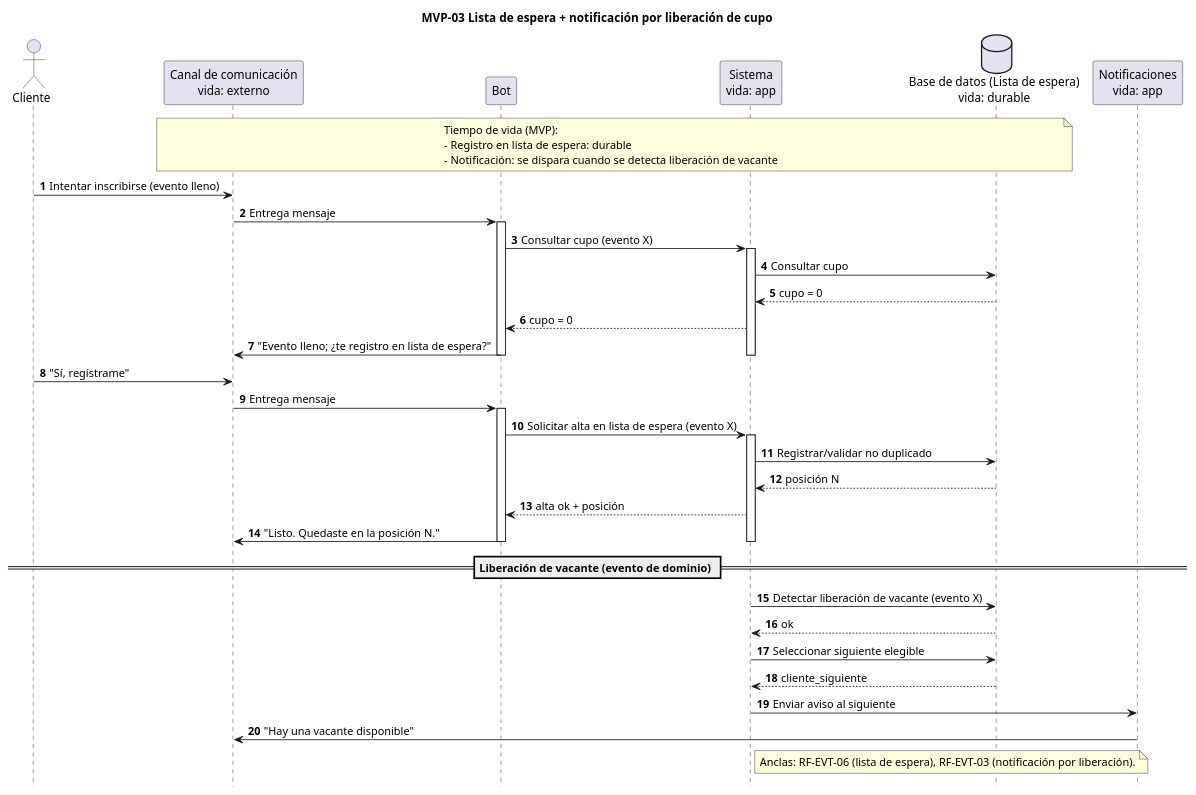
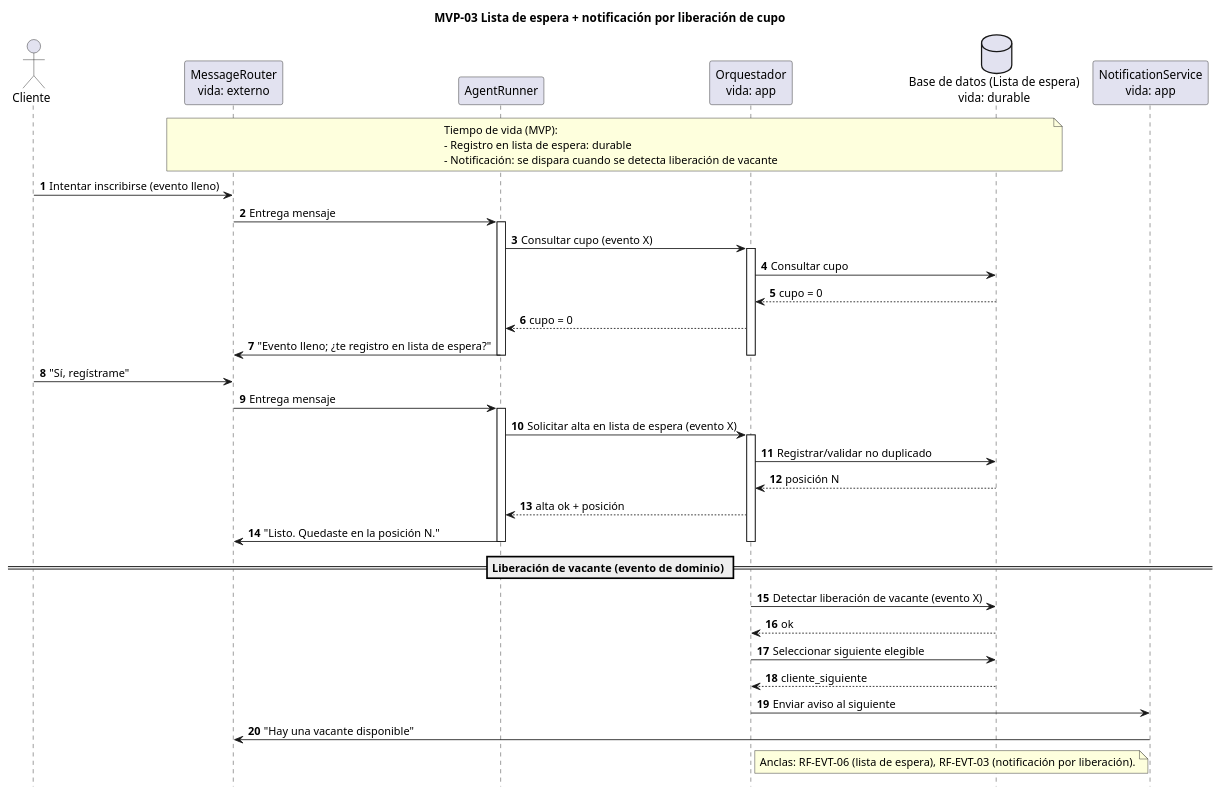
Before and after one commit to Ozia112/SoftwareDesignProject: the third of 3 diagrams in docs/diseño/comportamiento/secuencia/diagrama-secuencia-mvp.md, drawn with PlantUML. The commit also changed other lines of this file and 1 other file, not shown here.

Commit message:
docs(presentación): Se agrega la presentación y se corrige los diagramas MVP

````diff
--- a/docs/diseño/comportamiento/secuencia/diagrama-secuencia-mvp.md
+++ b/docs/diseño/comportamiento/secuencia/diagrama-secuencia-mvp.md
@@ -178,61 +178,61 @@
 ```plantuml
 @startuml
 title MVP-03 Lista de espera + notificación por liberación de cupo
 autonumber
 hide footbox
 
 actor "Cliente" as Cliente
-participant "Canal de comunicación\nvida: externo" as Canal
-participant "Bot" as Bot
-participant "Sistema\nvida: app" as Sistema
+participant "MessageRouter\nvida: externo" as Canal
+participant "AgentRunner" as Bot
+participant "Orquestador\nvida: app" as Sistema
 database "Base de datos (Lista de espera)\nvida: durable" as DB
-participant "Notificaciones\nvida: app" as Notify
+participant "NotificationService\nvida: app" as Notify
 
 note over Canal,DB
 Tiempo de vida (MVP):
 - Registro en lista de espera: durable
 - Notificación: se dispara cuando se detecta liberación de vacante
 end note
 
 Cliente -> Canal: Intentar inscribirse (evento lleno)
 Canal -> Bot: Entrega mensaje
 activate Bot
 
 Bot -> Sistema: Consultar cupo (evento X)
 activate Sistema
 Sistema -> DB: Consultar cupo
 DB --> Sistema: cupo = 0
 Sistema --> Bot: cupo = 0
 Bot -> Canal: "Evento lleno; ¿te registro en lista de espera?"
 
 deactivate Sistema
 deactivate Bot
 
 Cliente -> Canal: "Sí, regístrame"
 Canal -> Bot: Entrega mensaje
 activate Bot
 
 Bot -> Sistema: Solicitar alta en lista de espera (evento X)
 activate Sistema
 Sistema -> DB: Registrar/validar no duplicado
 DB --> Sistema: posición N
 Sistema --> Bot: alta ok + posición
 Bot -> Canal: "Listo. Quedaste en la posición N."
 
 deactivate Sistema
 deactivate Bot
 
 == Liberación de vacante (evento de dominio) ==
 
 Sistema -> DB: Detectar liberación de vacante (evento X)
 DB --> Sistema: ok
 Sistema -> DB: Seleccionar siguiente elegible
 DB --> Sistema: cliente_siguiente
 Sistema -> Notify: Enviar aviso al siguiente
 Notify -> Canal: "Hay una vacante disponible"
 
 note right of Sistema
 Anclas: RF-EVT-06 (lista de espera), RF-EVT-03 (notificación por liberación).
 end note
 @enduml
 ```
````
